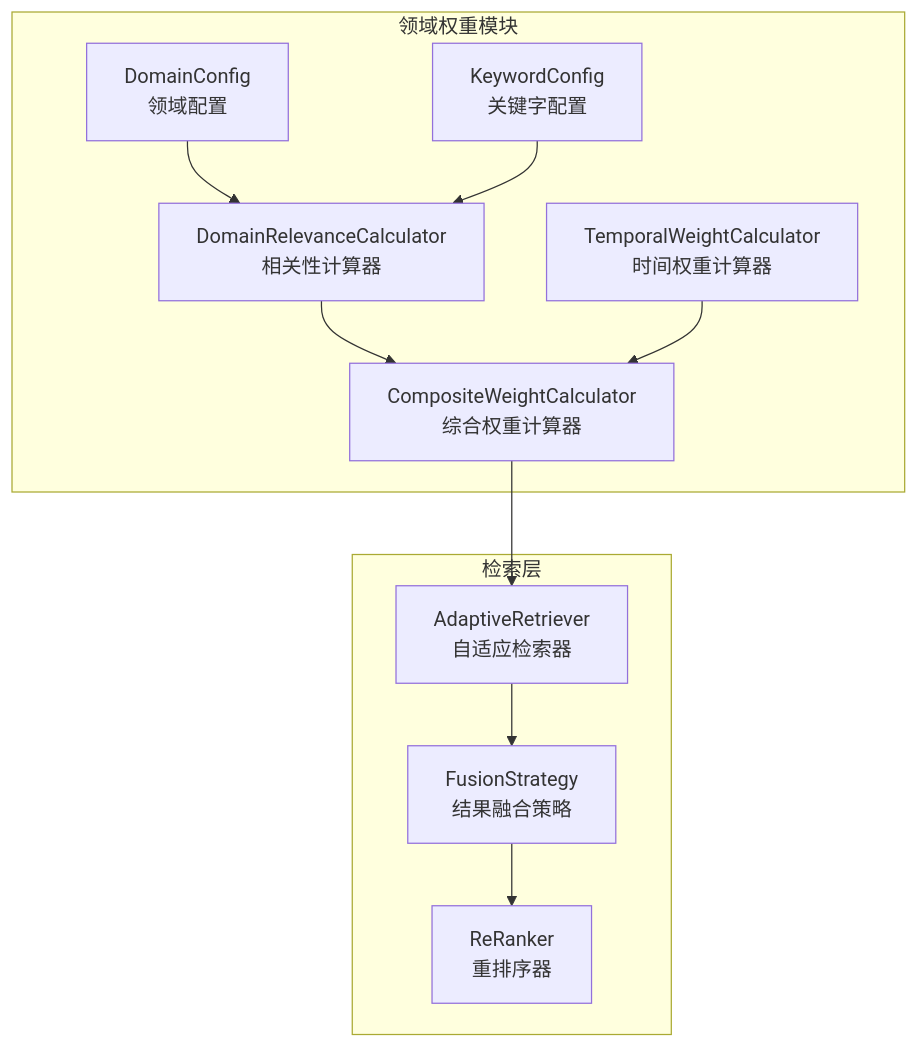
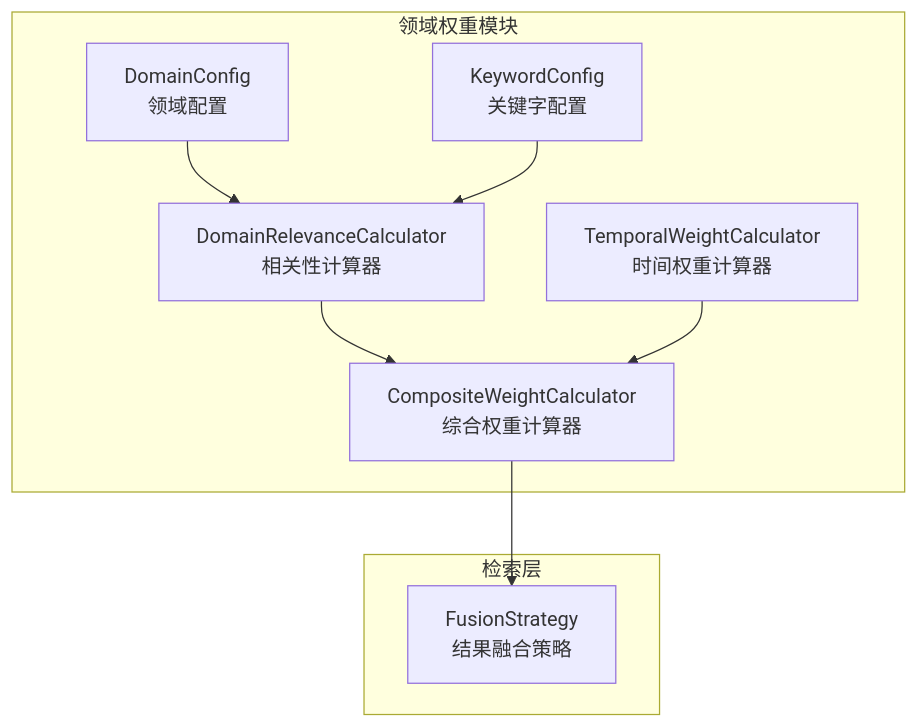
Before and after one commit to JieGaoPrinceton/NecoRAG: the first of 7 diagrams in .qoder/repowiki/zh/content/领域权重系统.md, drawn with Mermaid. The commit also changed other lines of this file and 181 other files, not shown here.

````diff
--- a/.qoder/repowiki/zh/content/领域权重系统.md
+++ b/.qoder/repowiki/zh/content/领域权重系统.md
@@ -37,22 +32,18 @@
 ```mermaid
 graph TB
 subgraph "领域权重模块"
 CFG["DomainConfig<br/>领域配置"]
 KW["KeywordConfig<br/>关键字配置"]
 REL["DomainRelevanceCalculator<br/>相关性计算器"]
 TW["TemporalWeightCalculator<br/>时间权重计算器"]
 CWC["CompositeWeightCalculator<br/>综合权重计算器"]
 end
 subgraph "检索层"
-AR["AdaptiveRetriever<br/>自适应检索器"]
 FS["FusionStrategy<br/>结果融合策略"]
-RR["ReRanker<br/>重排序器"]
 end
 CFG --> REL
 KW --> REL
 REL --> CWC
 TW --> CWC
-CWC --> AR
-AR --> FS
-FS --> RR
+CWC --> FS
 ```
````
